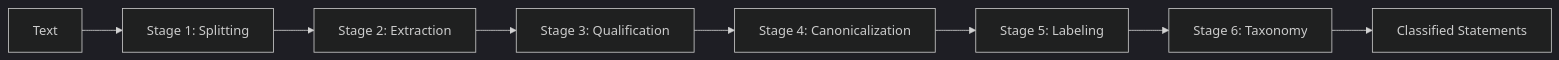
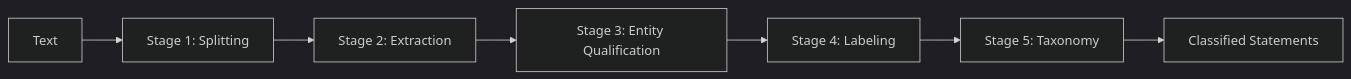
Before and after one commit to corp-o-rate/statement-extractor: the second of 3 diagrams in src/app/docs/sections/core-concepts.mdx, drawn with Mermaid (dark theme). The commit also changed other lines of this file and 28 other files, not shown here.

````diff
--- a/src/app/docs/sections/core-concepts.mdx
+++ b/src/app/docs/sections/core-concepts.mdx
@@ -405,10 +405,9 @@
 ```mermaid
 flowchart LR
     A[Text] --> B[Stage 1: Splitting]
     B --> C[Stage 2: Extraction]
-    C --> D[Stage 3: Qualification]
-    D --> E[Stage 4: Canonicalization]
-    E --> F[Stage 5: Labeling]
-    F --> G[Stage 6: Taxonomy]
-    G --> H[Classified Statements]
+    C --> D[Stage 3: Entity Qualification]
+    D --> E[Stage 4: Labeling]
+    E --> F[Stage 5: Taxonomy]
+    F --> G[Classified Statements]
 ```
````
